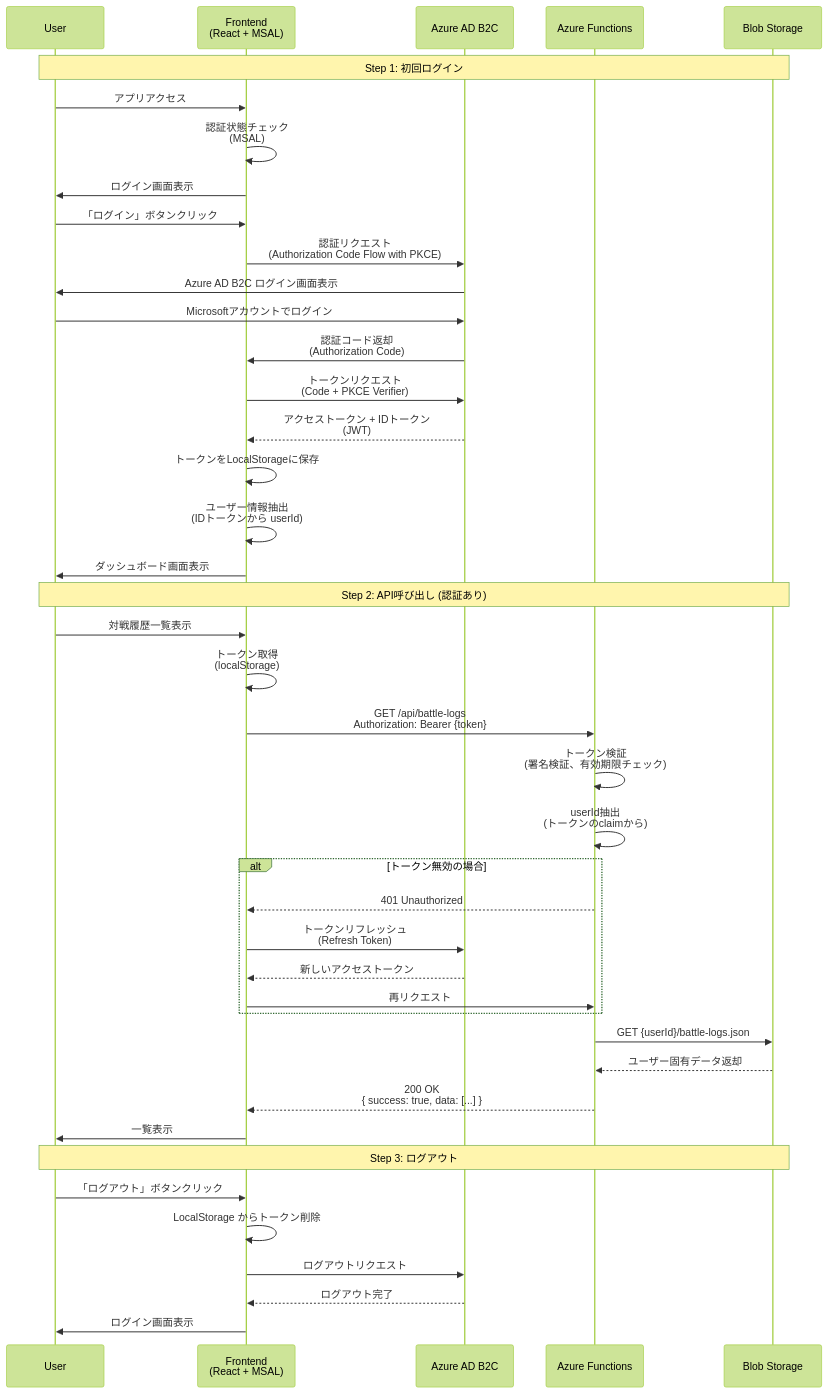
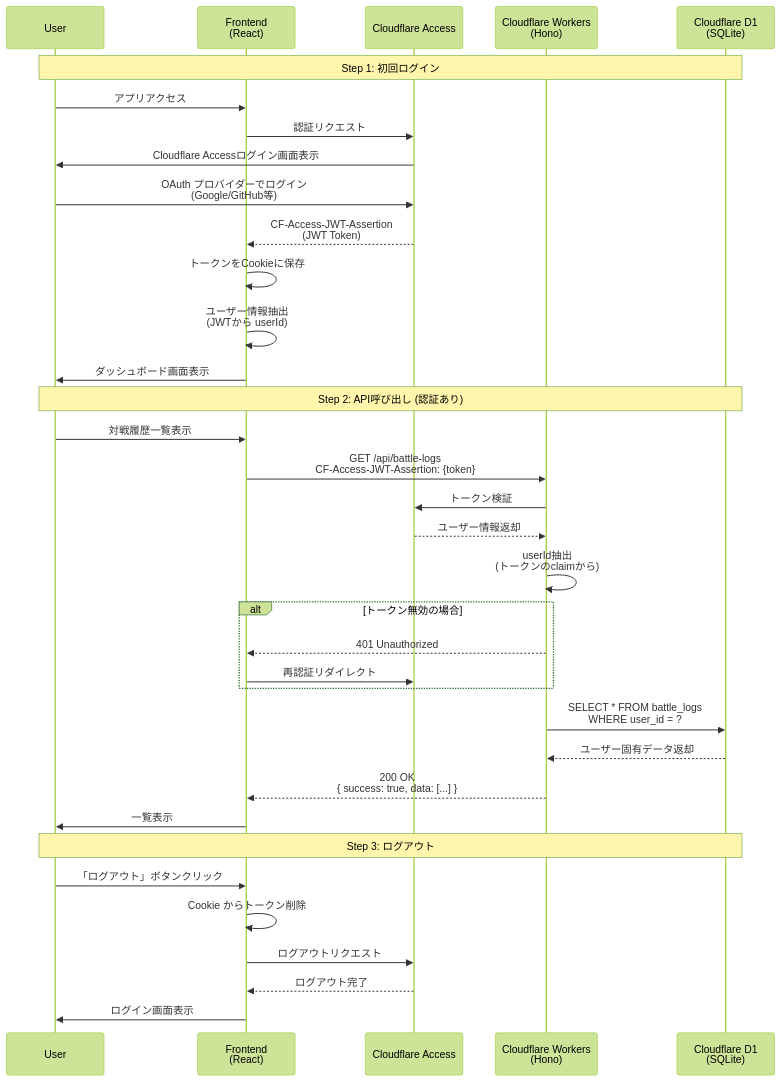
Before and after one commit to yaguma/shadowverse_log: the sixth of 9 diagrams in docs/design/shadowverse-battle-log/dataflow.md, drawn with Mermaid (forest theme). The commit also changed other lines of this file and 6 other files, not shown here.

````diff
--- a/docs/design/shadowverse-battle-log/dataflow.md
+++ b/docs/design/shadowverse-battle-log/dataflow.md
@@ -262,53 +237,45 @@
 ```mermaid
 sequenceDiagram
     participant U as User
-    participant F as Frontend<br/>(React + MSAL)
-    participant AAD as Azure AD B2C
-    participant AF as Azure Functions
-    participant BS as Blob Storage
+    participant F as Frontend<br/>(React)
+    participant CA as Cloudflare Access
+    participant CW as Cloudflare Workers<br/>(Hono)
+    participant D1 as Cloudflare D1<br/>(SQLite)
 
-    Note over U,BS: Step 1: 初回ログイン
+    Note over U,D1: Step 1: 初回ログイン
     U->>F: アプリアクセス
-    F->>F: 認証状態チェック<br/>(MSAL)
-    F->>U: ログイン画面表示
-    U->>F: 「ログイン」ボタンクリック
+    F->>CA: 認証リクエスト
+    CA->>U: Cloudflare Accessログイン画面表示
+    U->>CA: OAuth プロバイダーでログイン<br/>(Google/GitHub等)
 
-    F->>AAD: 認証リクエスト<br/>(Authorization Code Flow with PKCE)
-    AAD->>U: Azure AD B2C ログイン画面表示
-    U->>AAD: Microsoftアカウントでログイン
+    CA-->>F: CF-Access-JWT-Assertion<br/>(JWT Token)
 
-    AAD->>F: 認証コード返却<br/>(Authorization Code)
-    F->>AAD: トークンリクエスト<br/>(Code + PKCE Verifier)
-    AAD-->>F: アクセストークン + IDトークン<br/>(JWT)
-
-    F->>F: トークンをLocalStorageに保存
-    F->>F: ユーザー情報抽出<br/>(IDトークンから userId)
+    F->>F: トークンをCookieに保存
+    F->>F: ユーザー情報抽出<br/>(JWTから userId)
     F->>U: ダッシュボード画面表示
 
-    Note over U,BS: Step 2: API呼び出し (認証あり)
+    Note over U,D1: Step 2: API呼び出し (認証あり)
     U->>F: 対戦履歴一覧表示
-    F->>F: トークン取得<br/>(localStorage)
-    F->>AF: GET /api/battle-logs<br/>Authorization: Bearer {token}
+    F->>CW: GET /api/battle-logs<br/>CF-Access-JWT-Assertion: {token}
 
-    AF->>AF: トークン検証<br/>(署名検証、有効期限チェック)
-    AF->>AF: userId抽出<br/>(トークンのclaimから)
+    CW->>CA: トークン検証
+    CA-->>CW: ユーザー情報返却
+    CW->>CW: userId抽出<br/>(トークンのclaimから)
 
     alt トークン無効の場合
-        AF-->>F: 401 Unauthorized
-        F->>AAD: トークンリフレッシュ<br/>(Refresh Token)
-        AAD-->>F: 新しいアクセストークン
-        F->>AF: 再リクエスト
+        CW-->>F: 401 Unauthorized
+        F->>CA: 再認証リダイレクト
     end
 
-    AF->>BS: GET {userId}/battle-logs.json
-    BS-->>AF: ユーザー固有データ返却
-    AF-->>F: 200 OK<br/>{ success: true, data: [...] }
+    CW->>D1: SELECT * FROM battle_logs<br/>WHERE user_id = ?
+    D1-->>CW: ユーザー固有データ返却
+    CW-->>F: 200 OK<br/>{ success: true, data: [...] }
     F->>U: 一覧表示
 
-    Note over U,BS: Step 3: ログアウト
+    Note over U,D1: Step 3: ログアウト
     U->>F: 「ログアウト」ボタンクリック
-    F->>F: LocalStorage からトークン削除
-    F->>AAD: ログアウトリクエスト
-    AAD-->>F: ログアウト完了
+    F->>F: Cookie からトークン削除
+    F->>CA: ログアウトリクエスト
+    CA-->>F: ログアウト完了
     F->>U: ログイン画面表示
 ```
````
